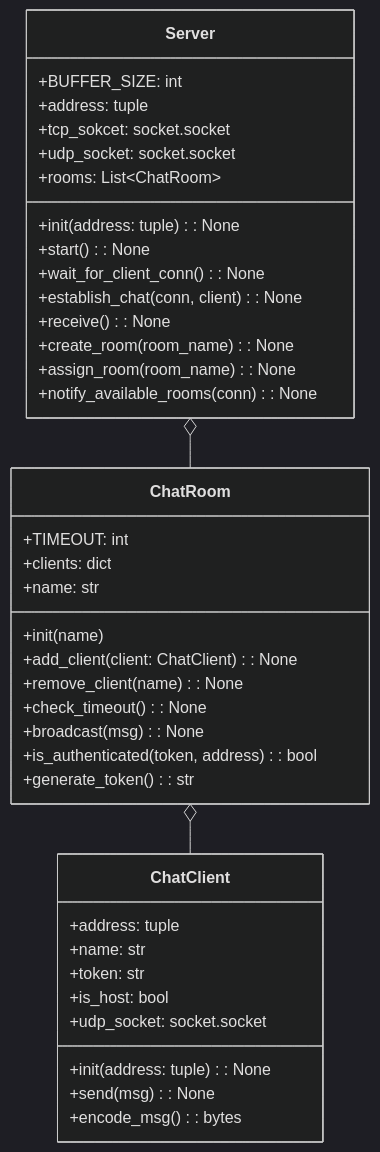
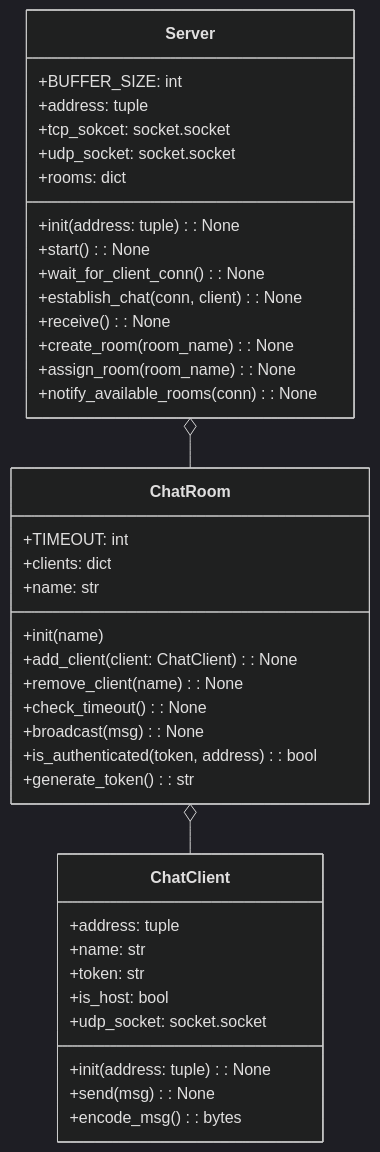
One commit to recursion-backend-team-d/online-chat-messenger changed the first of 2 diagrams in README.md. Above: the diagram before and after it, drawn with Mermaid (dark theme). The commit also changed other lines of this file, not shown here.

Commit message:
クラス図の更新 #9

````diff
--- a/README.md
+++ b/README.md
@@ -5,47 +5,47 @@
 ```mermaid
 classDiagram
 class ChatClient {
   +address: tuple
   +name: str
   +token: str
   +is_host: bool
   +udp_socket: socket.socket
 
   +init(address: tuple): None
   +send(msg): None
   +encode_msg(): bytes
 }
 
 class ChatRoom {
   +TIMEOUT: int
   +clients: dict
   +name: str
 
   +init(name)
   +add_client(client: ChatClient): None
   +remove_client(name): None
   +check_timeout(): None
   +broadcast(msg): None
   +is_authenticated(token, address): bool
   +generate_token(): str
 }
 
 class Server {
   +BUFFER_SIZE: int
   +address: tuple
   +tcp_sokcet: socket.socket
   +udp_socket: socket.socket
-  +rooms: List~ChatRoom~
+  +rooms: dict
 
   +init(address: tuple): None
   +start(): None
   +wait_for_client_conn(): None
   +establish_chat(conn, client): None
   +receive(): None
   +create_room(room_name): None
   +assign_room(room_name): None
   +notify_available_rooms(conn): None
 }
 Server o-- ChatRoom
 ChatRoom o-- ChatClient
 ```
````
